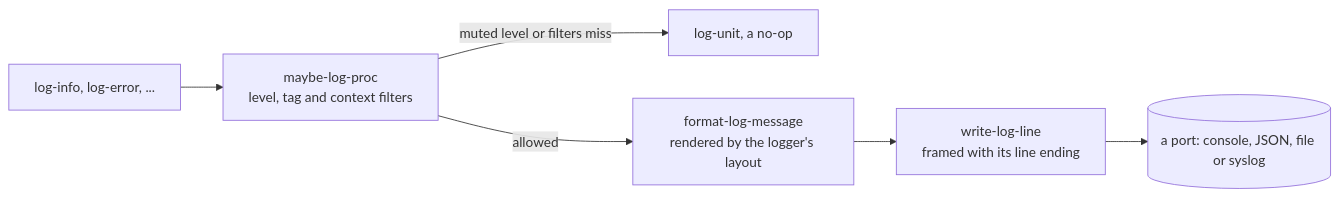
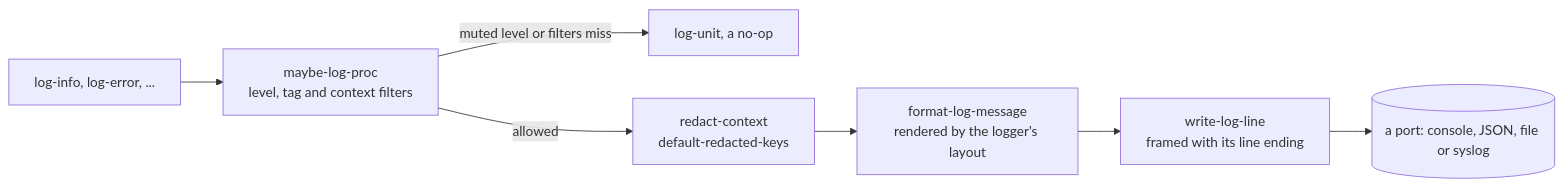
Before and after one commit to jjba23/scriba: the diagram in resources/diagrams/logging-pipeline.mmd, drawn with Mermaid. The commit also changed 6 other files, not shown here.

```diff
--- a/resources/diagrams/logging-pipeline.mmd
+++ b/resources/diagrams/logging-pipeline.mmd
@@ -1,6 +1,7 @@
 flowchart LR
   call["log-info, log-error, ..."] --> filter["maybe-log-proc<br/>level, tag and context filters"]
   filter -- "muted level or filters miss" --> noop["log-unit, a no-op"]
-  filter -- "allowed" --> format["format-log-message<br/>rendered by the logger's layout"]
+  filter -- "allowed" --> redact["redact-context<br/>default-redacted-keys"]
+  redact --> format["format-log-message<br/>rendered by the logger's layout"]
   format --> write["write-log-line<br/>framed with its line ending"]
   write --> port[("a port: console, JSON, file or syslog")]
```
